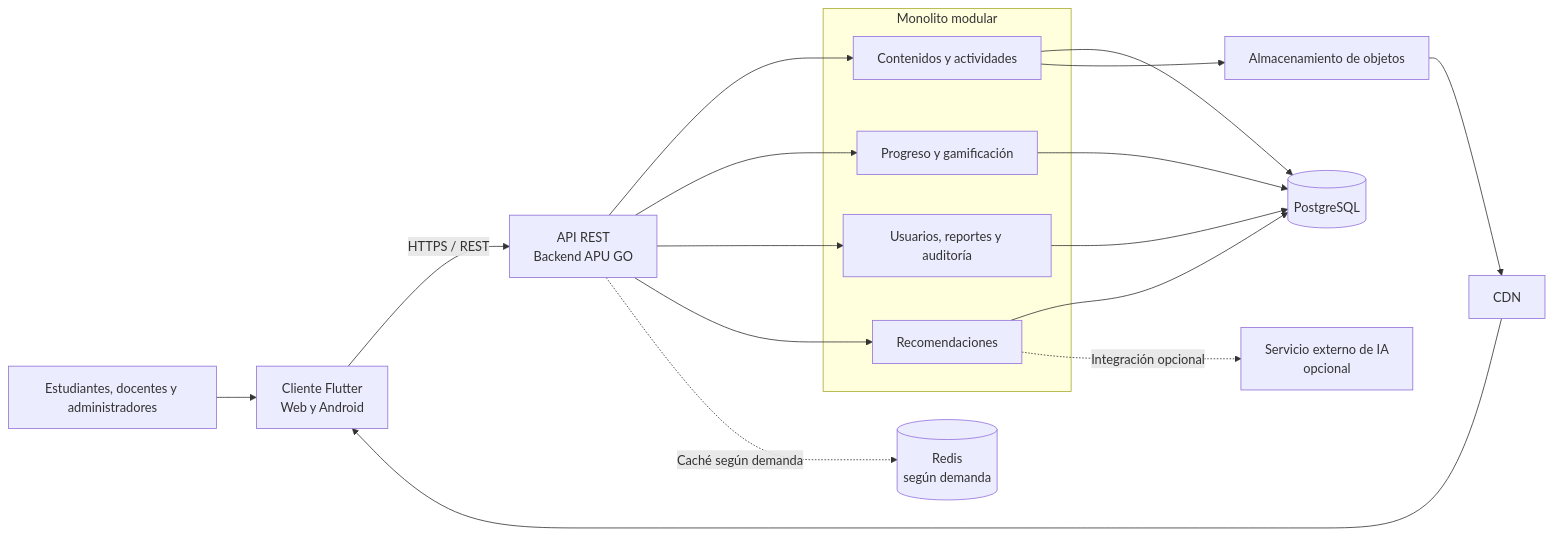
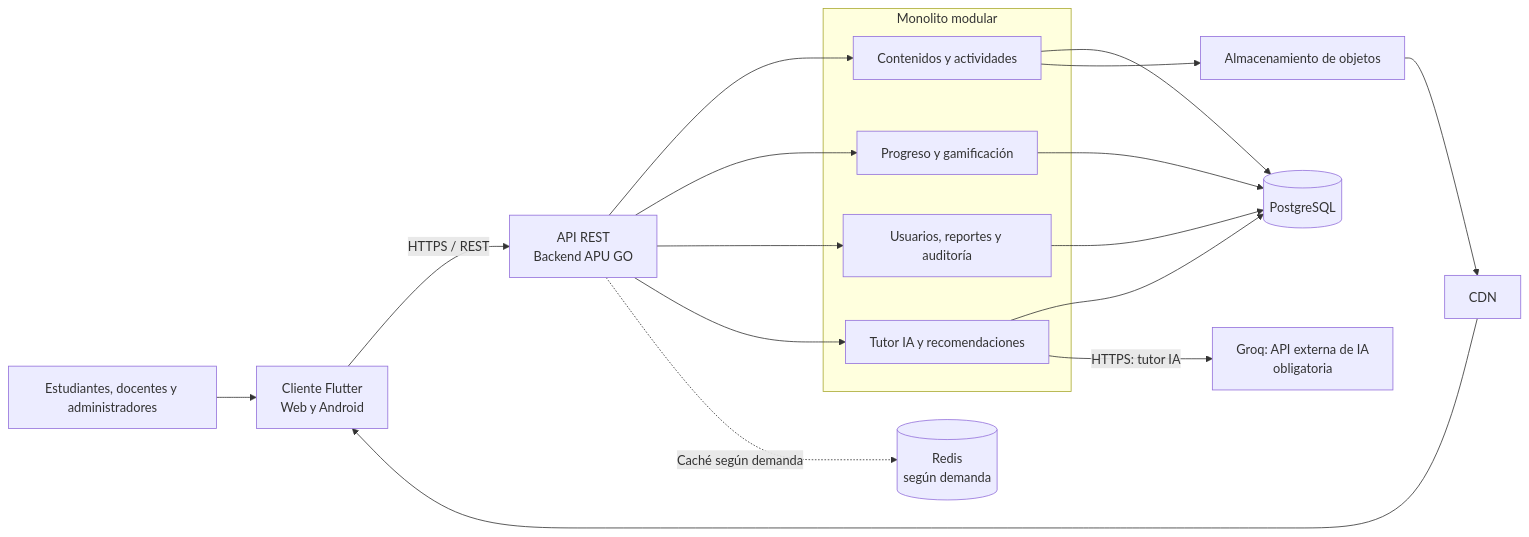
Before and after one commit to Juanjo166/ArquitSoft-ANALISIS-DE-CASO-ARQUITECTURA-Juan-Huaman: the diagram in docs/02-arquitectura-software/estilo-arquitectonico.md, drawn with Mermaid. The commit also changed other lines of this file and 47 other files, not shown here.

Commit message:
docs: establecer Groq como integración obligatoria del Sprint 1

````diff
--- a/docs/02-arquitectura-software/estilo-arquitectonico.md
+++ b/docs/02-arquitectura-software/estilo-arquitectonico.md
@@ -23,37 +23,37 @@
 ```mermaid
 flowchart LR
     Usuarios["Estudiantes, docentes y administradores"]
     Flutter["Cliente Flutter<br/>Web y Android"]
     API["API REST<br/>Backend APU GO"]
 
     subgraph Backend["Monolito modular"]
         Aprendizaje["Contenidos y actividades"]
         Progreso["Progreso y gamificación"]
         Gestion["Usuarios, reportes y auditoría"]
-        Recomendaciones["Recomendaciones"]
+        Recomendaciones["Tutor IA y recomendaciones"]
     end
 
     PostgreSQL[("PostgreSQL")]
     Objetos["Almacenamiento de objetos"]
     CDN["CDN"]
     Redis[("Redis<br/>según demanda")]
-    IA["Servicio externo de IA<br/>opcional"]
+    IA["Groq: API externa de IA<br/>obligatoria"]
 
     Usuarios --> Flutter
     Flutter -->|"HTTPS / REST"| API
     API --> Aprendizaje
     API --> Progreso
     API --> Gestion
     API --> Recomendaciones
 
     Aprendizaje --> PostgreSQL
     Progreso --> PostgreSQL
     Gestion --> PostgreSQL
     Recomendaciones --> PostgreSQL
 
     Aprendizaje --> Objetos
     Objetos --> CDN
     CDN --> Flutter
     API -. "Caché según demanda" .-> Redis
-    Recomendaciones -. "Integración opcional" .-> IA
+    Recomendaciones -->|"HTTPS: tutor IA"| IA
 ```
````
